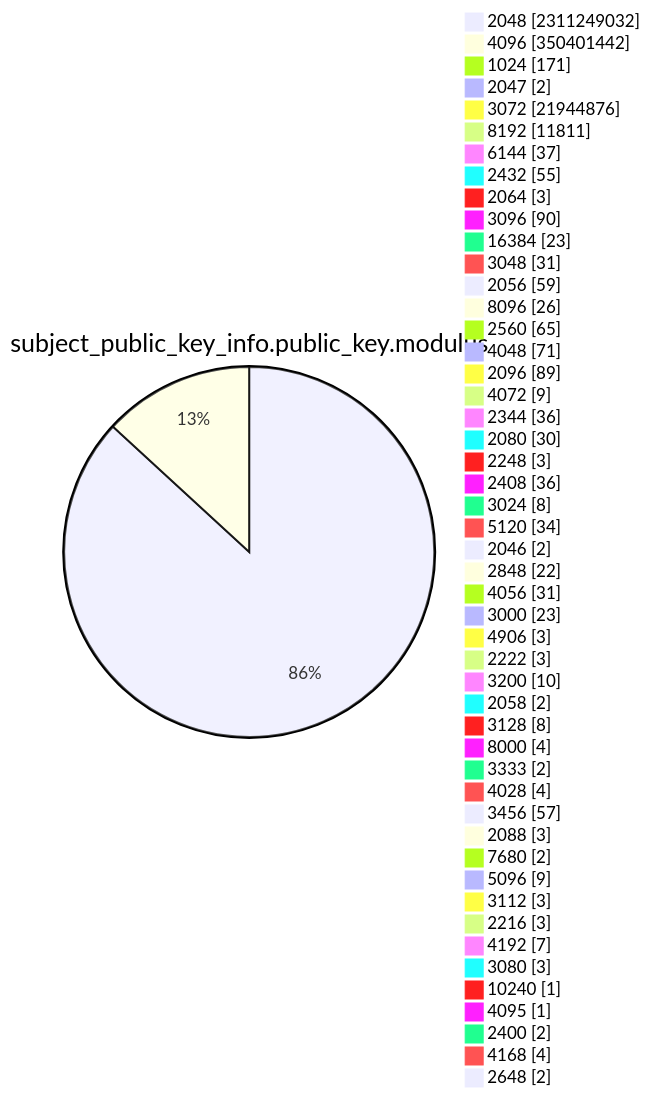
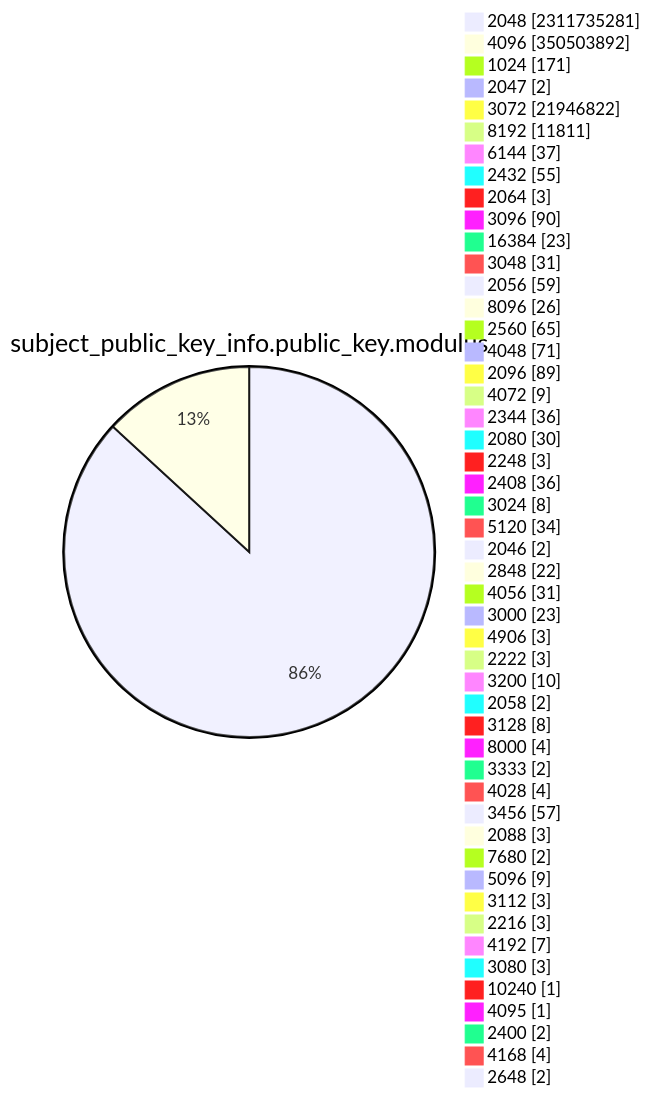
Before and after one commit to christiankrug/ctmonitor_visualization: diagram 13 of 15 in TOTAL/README.md, drawn with Mermaid. The commit also changed other lines of this file, not shown here.

````diff
--- a/TOTAL/README.md
+++ b/TOTAL/README.md
@@ -4167,53 +4167,53 @@
 ```mermaid
 pie showData
 title subject_public_key_info.public_key.modulus
-"2048" :2311249032
-"4096" :350401442
+"2048" :2311735281
+"4096" :350503892
 "1024" :171
 "2047" :2
-"3072" :21944876
+"3072" :21946822
 "8192" :11811
 "6144" :37
 "2432" :55
 "2064" :3
 "3096" :90
 "16384" :23
 "3048" :31
 "2056" :59
 "8096" :26
 "2560" :65
 "4048" :71
 "2096" :89
 "4072" :9
 "2344" :36
 "2080" :30
 "2248" :3
 "2408" :36
 "3024" :8
 "5120" :34
 "2046" :2
 "2848" :22
 "4056" :31
 "3000" :23
 "4906" :3
 "2222" :3
 "3200" :10
 "2058" :2
 "3128" :8
 "8000" :4
 "3333" :2
 "4028" :4
 "3456" :57
 "2088" :3
 "7680" :2
 "5096" :9
 "3112" :3
 "2216" :3
 "4192" :7
 "3080" :3
 "10240" :1
 "4095" :1
 "2400" :2
 "4168" :4
 "2648" :2
 ```
````
